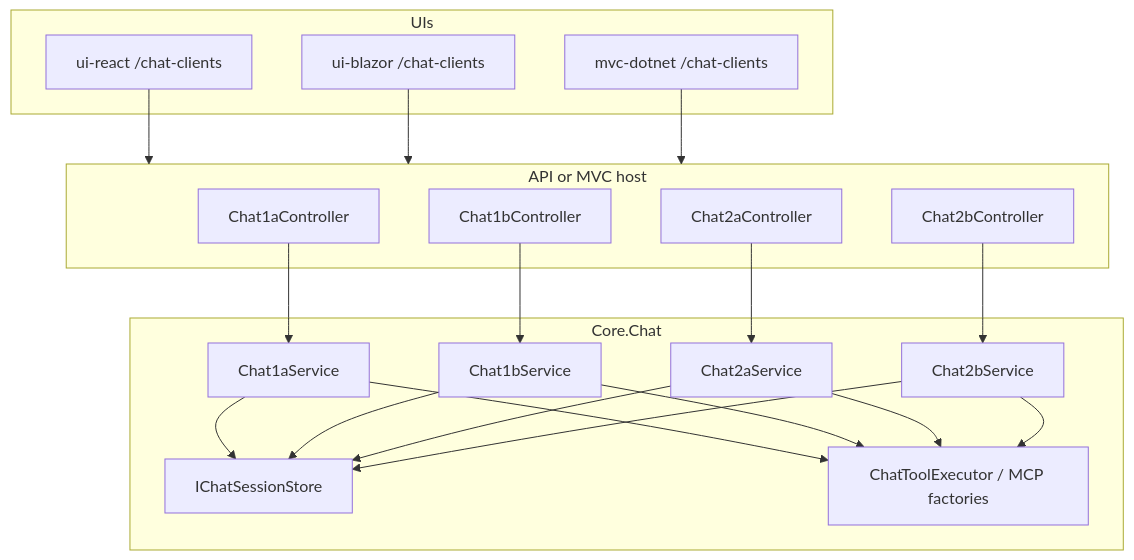
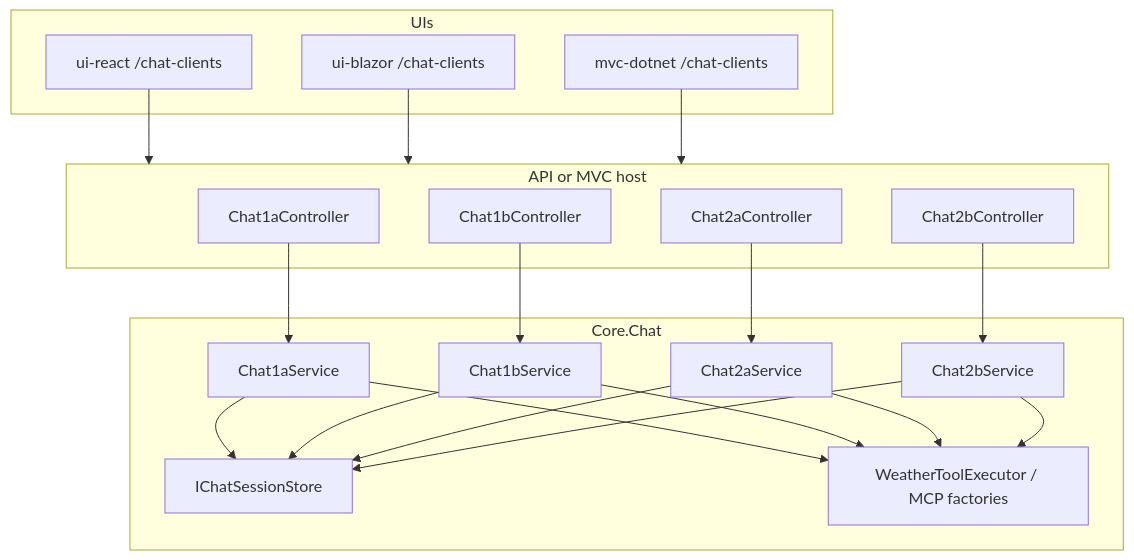
Before and after one commit to dustinkorzaan/weather-1116: the diagram in docs/5-chat-clients/5-chat-clients.md, drawn with Mermaid. The commit also changed other lines of this file and 14 other files, not shown here.

First line of the commit message:
Switch Current AI Weather from remote MCP tools to local in-process tools (#221)

````diff
--- a/docs/5-chat-clients/5-chat-clients.md
+++ b/docs/5-chat-clients/5-chat-clients.md
@@ -21,43 +21,43 @@
 ```mermaid
 flowchart TB
     subgraph ui [UIs]
         React[ui-react /chat-clients]
         MVC[mvc-dotnet /chat-clients]
         Blazor[ui-blazor /chat-clients]
     end
 
     subgraph api [API or MVC host]
         C1a[Chat1aController]
         C1b[Chat1bController]
         C2a[Chat2aController]
         C2b[Chat2bController]
     end
 
     subgraph core [Core.Chat]
         S1a[Chat1aService]
         S1b[Chat1bService]
         S2a[Chat2aService]
         S2b[Chat2bService]
         Store[IChatSessionStore]
-        Tools[ChatToolExecutor / MCP factories]
+        Tools[WeatherToolExecutor / MCP factories]
     end
 
     React --> api
     Blazor --> api
     MVC --> api
 
     C1a --> S1a
     C1b --> S1b
     C2a --> S2a
     C2b --> S2b
 
     S1a --> Store
     S1b --> Store
     S2a --> Store
     S2b --> Store
 
     S1a --> Tools
     S1b --> Tools
     S2a --> Tools
     S2b --> Tools
 ```
````
